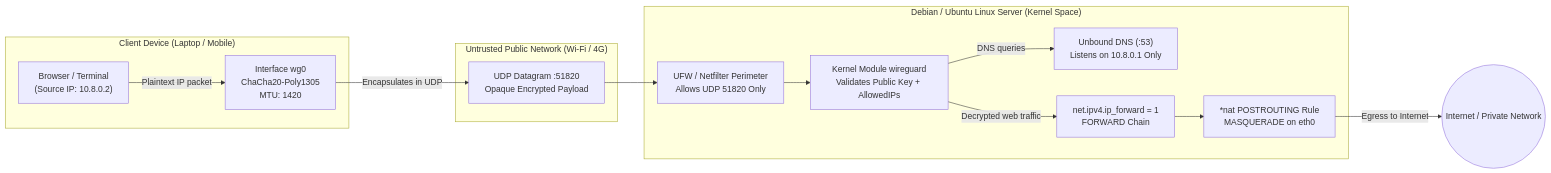
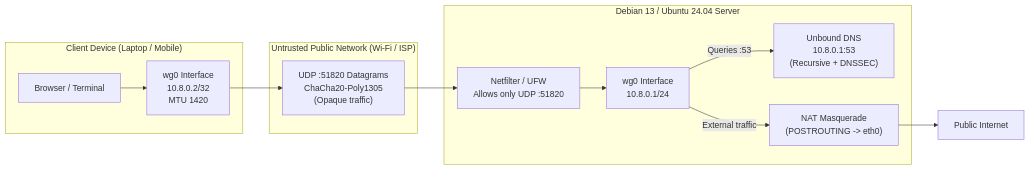
The first of 2 diagrams in frontend/web/src/app/(doiceladev)/entities/projects/drafts/en.vpn-privada-wireguard-linux.md (JorgeDoicela/jorge_doicela), drawn with Mermaid before and after one commit. The commit also changed other lines of this file and 16 other files, not shown here.

````diff
--- a/frontend/web/src/app/(doiceladev)/entities/projects/drafts/en.vpn-privada-wireguard-linux.md
+++ b/frontend/web/src/app/(doiceladev)/entities/projects/drafts/en.vpn-privada-wireguard-linux.md
@@ -49,28 +54,20 @@
 ```mermaid
 flowchart LR
     subgraph Client ["Client Device (Laptop / Mobile)"]
-        App["Browser / Terminal\n(Source IP: 10.8.0.2)"]
-        WGClient["Interface wg0\nChaCha20-Poly1305\nMTU: 1420"]
+        App["Browser / Terminal"] --> WGClient["wg0 Interface\n10.8.0.2/32\nMTU 1420"]
     end
 
-    subgraph UntrustedNet ["Untrusted Public Network (Wi-Fi / 4G)"]
-        UDP["UDP Datagram :51820\nOpaque Encrypted Payload"]
+    subgraph PublicNet ["Untrusted Public Network (Wi-Fi / ISP)"]
+        UDP["UDP :51820 Datagrams\nChaCha20-Poly1305\n(Opaque traffic)"]
     end
 
-    subgraph Server ["Debian / Ubuntu Linux Server (Kernel Space)"]
-        UFW["UFW / Netfilter Perimeter\nAllows UDP 51820 Only"]
-        WGServer["Kernel Module wireguard\nValidates Public Key + AllowedIPs"]
-        Unbound["Unbound DNS (:53)\nListens on 10.8.0.1 Only"]
-        Routing["net.ipv4.ip_forward = 1\nFORWARD Chain"]
-        NAT["*nat POSTROUTING Rule\nMASQUERADE on eth0"]
+    subgraph VPS ["Debian 13 / Ubuntu 24.04 Server"]
+        UFWNode["Netfilter / UFW\nAllows only UDP :51820"] --> WGServer["wg0 Interface\n10.8.0.1/24"]
+        WGServer -->|"Queries :53"| Unbound["Unbound DNS\n10.8.0.1:53\n(Recursive + DNSSEC)"]
+        WGServer -->|"External traffic"| NAT["NAT Masquerade\n(POSTROUTING -> eth0)"]
     end
 
-    App -->|"Plaintext IP packet"| WGClient
-    WGClient -->|"Encapsulates in UDP"| UDP
-    UDP --> UFW
-    UFW --> WGServer
-    WGServer -->|"DNS queries"| Unbound
-    WGServer -->|"Decrypted web traffic"| Routing
-    Routing --> NAT
-    NAT -->|"Egress to Internet"| Internet(("Internet / Private Network"))
+    WGClient --> UDP
+    UDP --> UFWNode
+    NAT --> Internet["Public Internet"]
 ```
````
